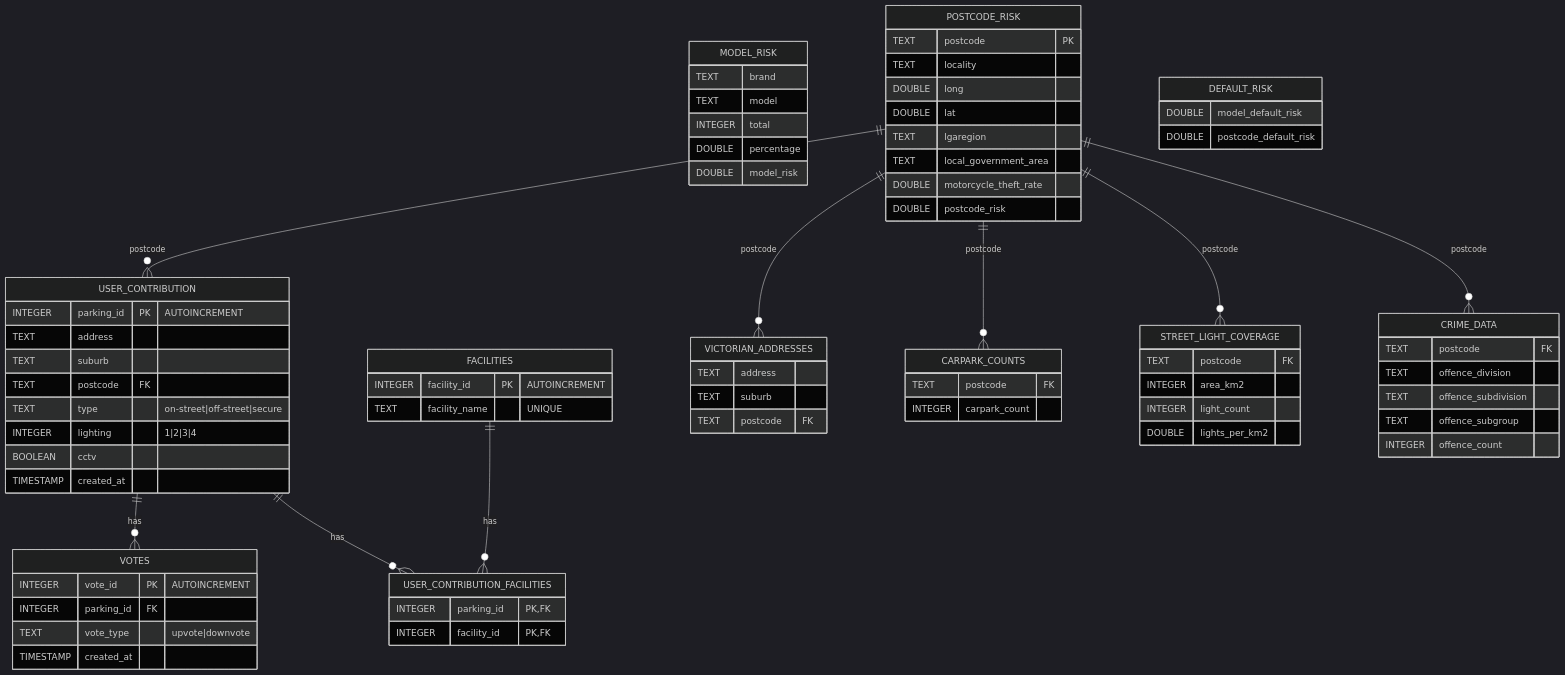
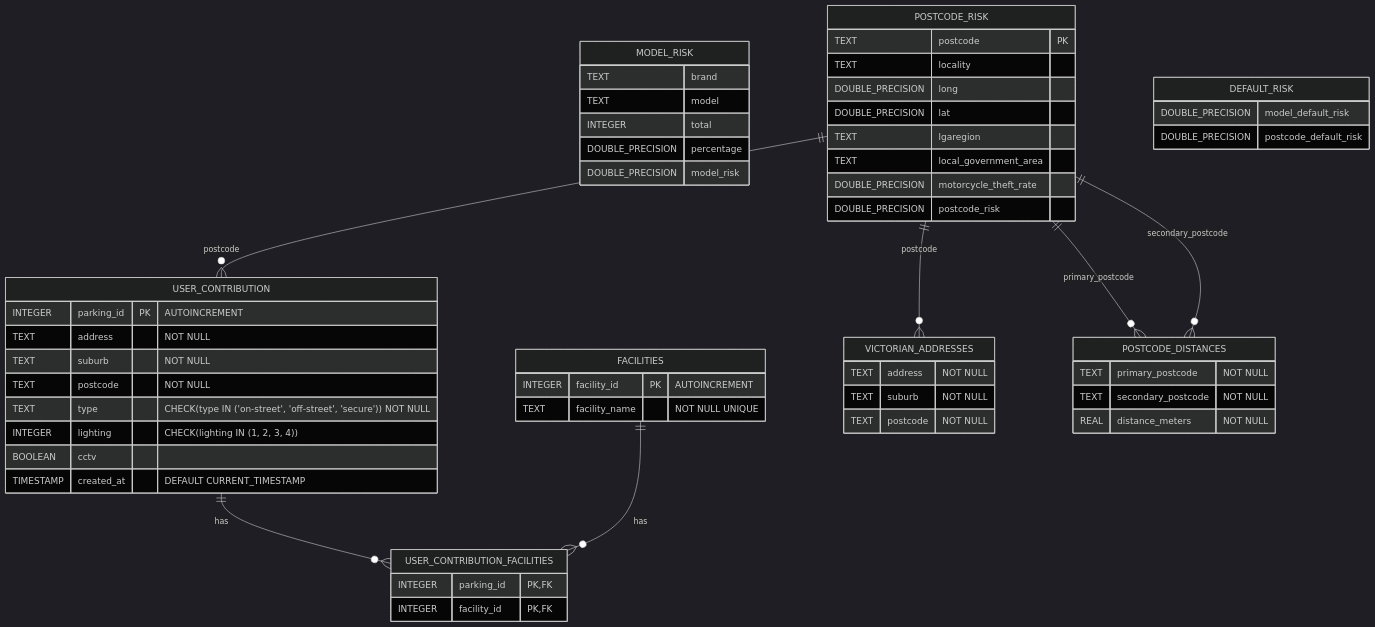
One commit to michaelmcallister/hotspot changed the diagram in docs/entity_relationship.md. Above: the diagram before and after it, drawn with Mermaid (dark theme).

Commit message:
Update entity relationship diagram to reflect the distances table

````diff
--- a/docs/entity_relationship.md
+++ b/docs/entity_relationship.md
@@ -5,40 +5,40 @@
     TEXT brand
     TEXT model
     INTEGER total
-    DOUBLE percentage
-    DOUBLE model_risk
+    DOUBLE_PRECISION percentage
+    DOUBLE_PRECISION model_risk
   }
 
   POSTCODE_RISK {
     TEXT postcode PK
     TEXT locality
-    DOUBLE long
-    DOUBLE lat
+    DOUBLE_PRECISION long
+    DOUBLE_PRECISION lat
     TEXT lgaregion
     TEXT local_government_area
-    DOUBLE motorcycle_theft_rate
-    DOUBLE postcode_risk
+    DOUBLE_PRECISION motorcycle_theft_rate
+    DOUBLE_PRECISION postcode_risk
   }
 
   DEFAULT_RISK {
-    DOUBLE model_default_risk
-    DOUBLE postcode_default_risk
+    DOUBLE_PRECISION model_default_risk
+    DOUBLE_PRECISION postcode_default_risk
   }
 
   USER_CONTRIBUTION {
     INTEGER parking_id PK "AUTOINCREMENT"
-    TEXT address
-    TEXT suburb
-    TEXT postcode FK
-    TEXT type "on-street|off-street|secure"
-    INTEGER lighting "1|2|3|4"
+    TEXT address "NOT NULL"
+    TEXT suburb "NOT NULL"
+    TEXT postcode "NOT NULL"
+    TEXT type "CHECK(type IN ('on-street', 'off-street', 'secure')) NOT NULL"
+    INTEGER lighting "CHECK(lighting IN (1, 2, 3, 4))"
     BOOLEAN cctv
-    TIMESTAMP created_at
+    TIMESTAMP created_at "DEFAULT CURRENT_TIMESTAMP"
   }
 
   FACILITIES {
     INTEGER facility_id PK "AUTOINCREMENT"
-    TEXT facility_name "UNIQUE"
+    TEXT facility_name "NOT NULL UNIQUE"
   }
 
   USER_CONTRIBUTION_FACILITIES {
@@ -46,48 +46,25 @@
     INTEGER facility_id PK, FK
   }
 
-  VOTES {
-    INTEGER vote_id PK "AUTOINCREMENT"
-    INTEGER parking_id FK
-    TEXT vote_type "upvote|downvote"
-    TIMESTAMP created_at
+  VICTORIAN_ADDRESSES {
+    TEXT address "NOT NULL"
+    TEXT suburb "NOT NULL"
+    TEXT postcode "NOT NULL"
   }
 
-  VICTORIAN_ADDRESSES {
-    TEXT address
-    TEXT suburb
-    TEXT postcode FK
+  POSTCODE_DISTANCES {
+    TEXT primary_postcode "NOT NULL"
+    TEXT secondary_postcode "NOT NULL"
+    REAL distance_meters "NOT NULL"
   }
 
-  CARPARK_COUNTS {
-    TEXT postcode FK
-    INTEGER carpark_count
-  }
-
-  STREET_LIGHT_COVERAGE {
-    TEXT postcode FK
-    INTEGER area_km2
-    INTEGER light_count
-    DOUBLE lights_per_km2
-  }
-
-  CRIME_DATA {
-    TEXT postcode FK
-    TEXT offence_division
-    TEXT offence_subdivision
-    TEXT offence_subgroup
-    INTEGER offence_count
-  }
-
-  %% Relationships 
-  USER_CONTRIBUTION ||--o{ VOTES : "has"
+  %% Relationships
   USER_CONTRIBUTION ||--o{ USER_CONTRIBUTION_FACILITIES : "has"
   FACILITIES ||--o{ USER_CONTRIBUTION_FACILITIES : "has"
 
-  %% Postcode-based relationships now actual FKs:
+  %% Foreign key relationships through postcode matching
   POSTCODE_RISK ||--o{ USER_CONTRIBUTION : "postcode"
   POSTCODE_RISK ||--o{ VICTORIAN_ADDRESSES : "postcode"
-  POSTCODE_RISK ||--o{ CARPARK_COUNTS : "postcode"
-  POSTCODE_RISK ||--o{ STREET_LIGHT_COVERAGE : "postcode"
-  POSTCODE_RISK ||--o{ CRIME_DATA : "postcode"
+  POSTCODE_RISK ||--o{ POSTCODE_DISTANCES : "primary_postcode"
+  POSTCODE_RISK ||--o{ POSTCODE_DISTANCES : "secondary_postcode"
 ```
````
